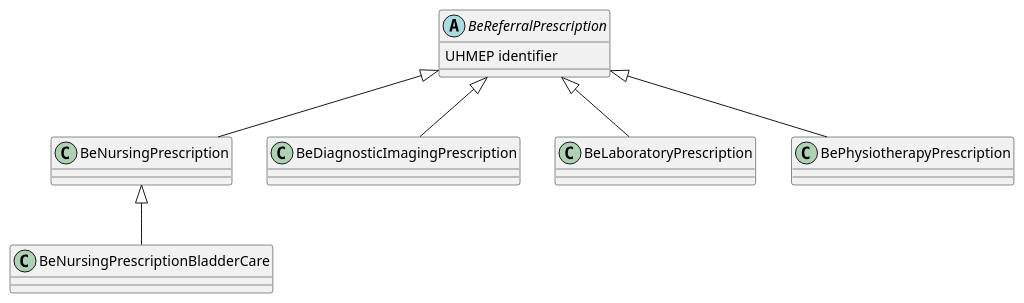
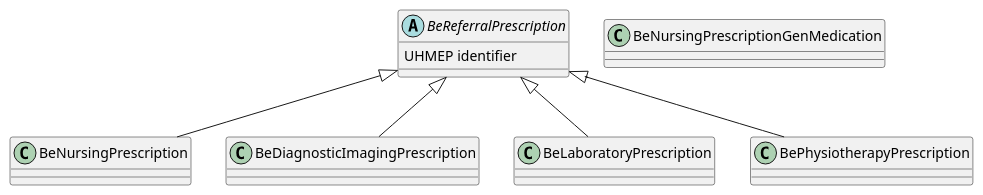
Before and after one commit to hl7-be/referral: the diagram in input/images-source/test.plantuml, drawn with PlantUML.

```diff
--- a/input/images-source/test.plantuml
+++ b/input/images-source/test.plantuml
@@ -1,15 +1,15 @@
 @startuml
 BeReferralPrescription <|-- BeNursingPrescription
 BeReferralPrescription <|-- BeDiagnosticImagingPrescription	
 BeReferralPrescription <|-- BeLaboratoryPrescription
 BeReferralPrescription <|-- BePhysiotherapyPrescription
 
-BeNursingPrescription <|-- BeNursingPrescriptionBladderCare
+class BeNursingPrescriptionGenMedication
 
 abstract class BeReferralPrescription
 
 BeReferralPrescription : UHMEP identifier
 
 
 
 @enduml
```
